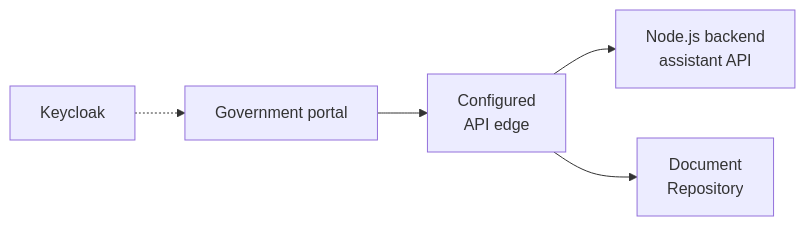
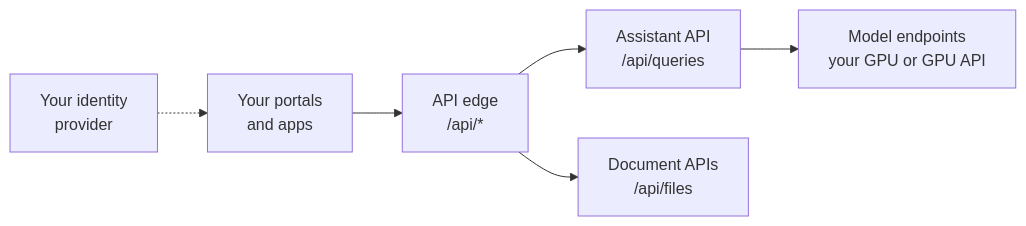
One commit to jrevillard/genie-ai-replica changed the diagram in docs/presentations/genie-ai-overview/src/diagrams/07.mmd. Above: the diagram before and after it, drawn with Mermaid. The commit also changed 32 other files, not shown here.

```diff
--- a/docs/presentations/genie-ai-overview/src/diagrams/07.mmd
+++ b/docs/presentations/genie-ai-overview/src/diagrams/07.mmd
@@ -1,9 +1,10 @@
 flowchart LR
- P["Government portal"]:::channel --> G["Configured<br/>API edge"]:::core
- G --> A["Node.js backend<br/>assistant API"]:::core
- G --> D["Document<br/>Repository"]:::data
- K["Keycloak"]:::model -.-> P
- class P,K step0
- class A step1
+ K["Your identity<br/>provider"]:::channel -.-> P["Your portals<br/>and apps"]:::channel
+ P --> G["API edge<br/>/api/*"]:::core
+ G --> A["Assistant API<br/>/api/queries"]:::core
+ G --> D["Document APIs<br/>/api/files"]:::data
+ A --> M["Model endpoints<br/>your GPU or GPU API"]:::model
+ class P,G,A step0
+ class K step1
  class D step2
- class G step3
+ class M step3
```
